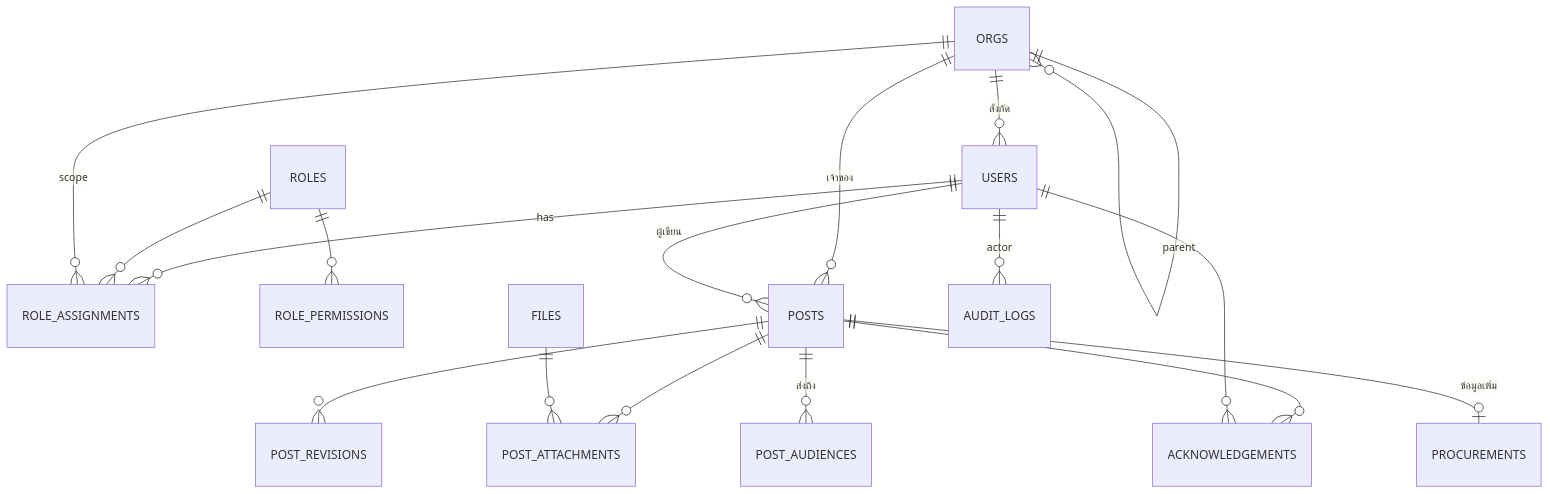
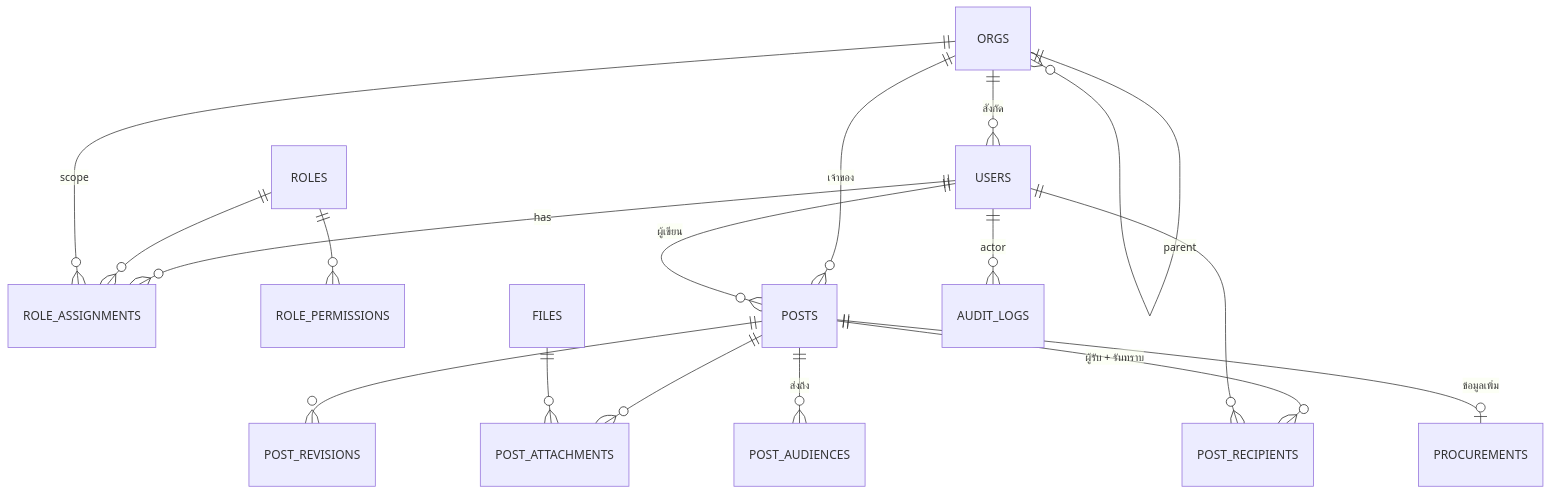
Before and after one commit to aletheiamask/Public-Health: the fourth of 7 diagrams in docs/ARCHITECTURE.md, drawn with Mermaid. The commit also changed other lines of this file and 2 other files, not shown here.

````diff
--- a/docs/ARCHITECTURE.md
+++ b/docs/ARCHITECTURE.md
@@ -362,19 +369,19 @@
 ```mermaid
 erDiagram
   ORGS ||--o{ ORGS : parent
   ORGS ||--o{ USERS : "สังกัด"
   USERS ||--o{ ROLE_ASSIGNMENTS : has
   ROLES ||--o{ ROLE_ASSIGNMENTS : ""
   ORGS ||--o{ ROLE_ASSIGNMENTS : "scope"
   ROLES ||--o{ ROLE_PERMISSIONS : ""
   ORGS ||--o{ POSTS : "เจ้าของ"
   USERS ||--o{ POSTS : "ผู้เขียน"
   POSTS ||--o{ POST_REVISIONS : ""
   POSTS ||--o{ POST_AUDIENCES : "ส่งถึง"
   POSTS ||--o{ POST_ATTACHMENTS : ""
   FILES ||--o{ POST_ATTACHMENTS : ""
-  POSTS ||--o{ ACKNOWLEDGEMENTS : ""
-  USERS ||--o{ ACKNOWLEDGEMENTS : ""
+  POSTS ||--o{ POST_RECIPIENTS : "ผู้รับ + รับทราบ"
+  USERS ||--o{ POST_RECIPIENTS : ""
   POSTS ||--o| PROCUREMENTS : "ข้อมูลเพิ่ม"
   USERS ||--o{ AUDIT_LOGS : actor
 ```
````
